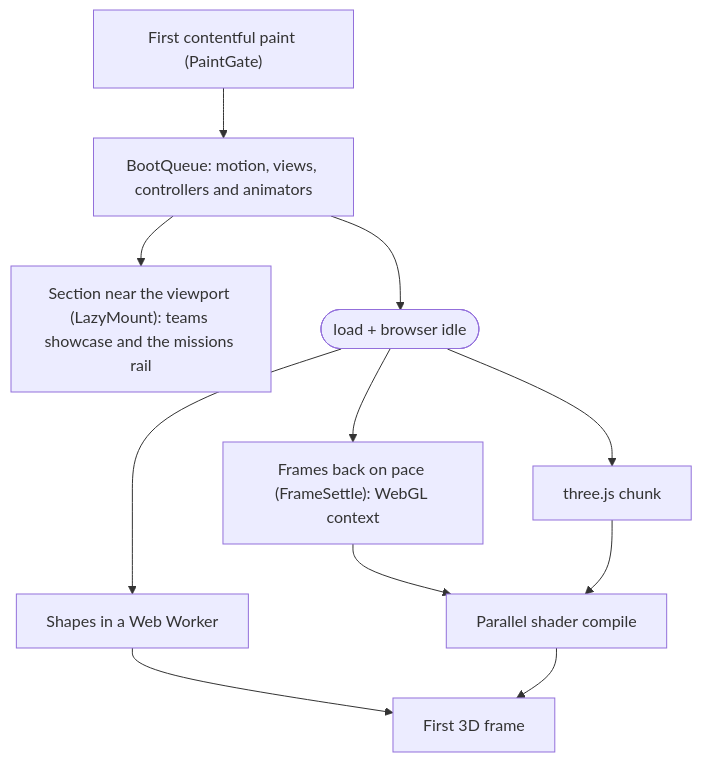
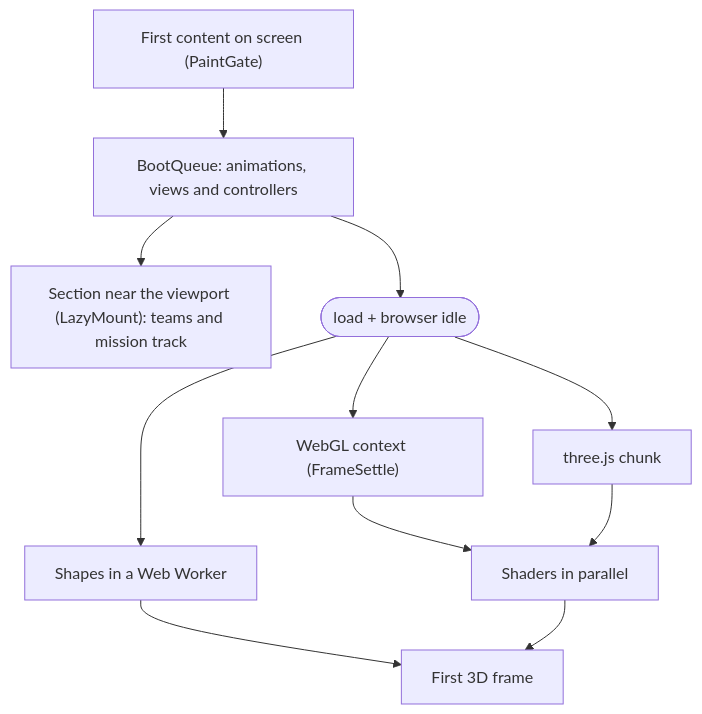
Before and after one commit to Marcos-Codfy/lp-hackarun: the second of 2 diagrams in README.en.md, drawn with Mermaid. The commit also changed other lines of this file and 47 other files, not shown here.

````diff
--- a/README.en.md
+++ b/README.en.md
@@ -192,13 +166,13 @@
 ```mermaid
 flowchart TB
-  P["First contentful paint (PaintGate)"] --> B["BootQueue: motion, views, controllers and animators"]
-  B --> Z["Section near the viewport (LazyMount): teams showcase and the missions rail"]
+  P["First content on screen (PaintGate)"] --> B["BootQueue: animations, views and controllers"]
+  B --> Z["Section near the viewport (LazyMount): teams and mission track"]
   B --> L(["load + browser idle"])
   L --> X["three.js chunk"]
   L --> W["Shapes in a Web Worker"]
-  L --> F["Frames back on pace (FrameSettle): WebGL context"]
-  F --> S["Parallel shader compile"]
+  L --> F["WebGL context (FrameSettle)"]
+  F --> S["Shaders in parallel"]
   X --> S
   W --> R["First 3D frame"]
   S --> R
 ```
````
